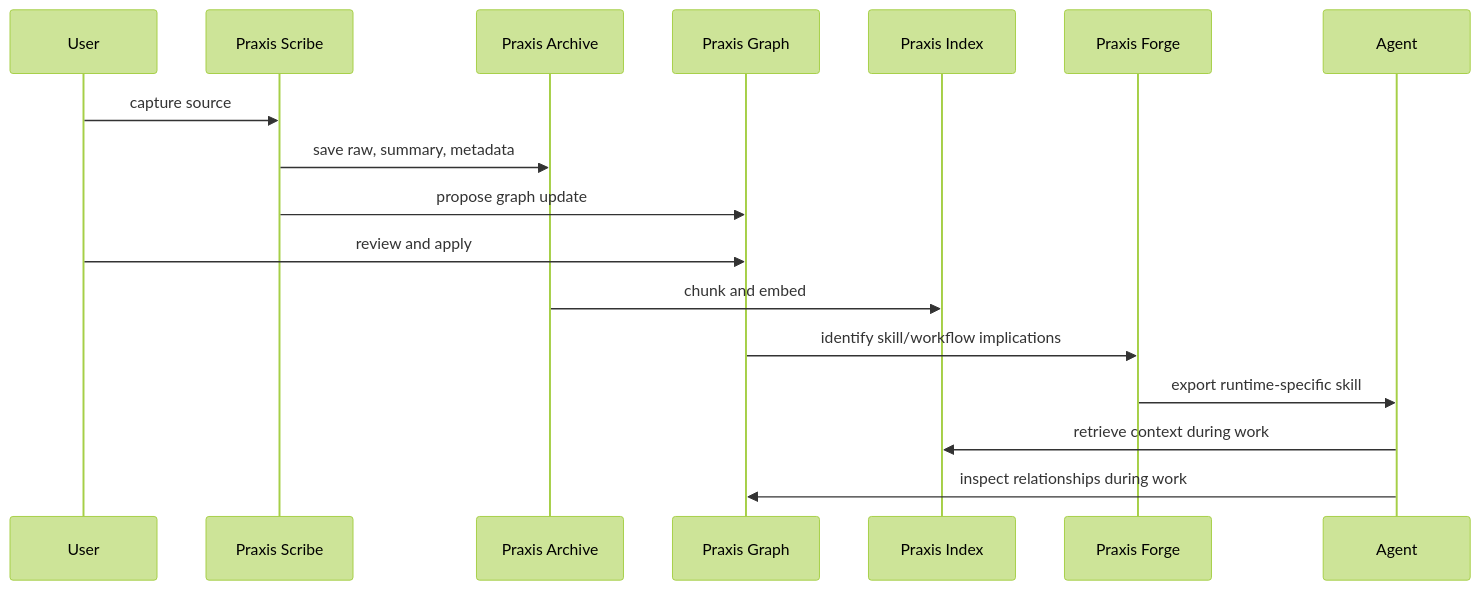
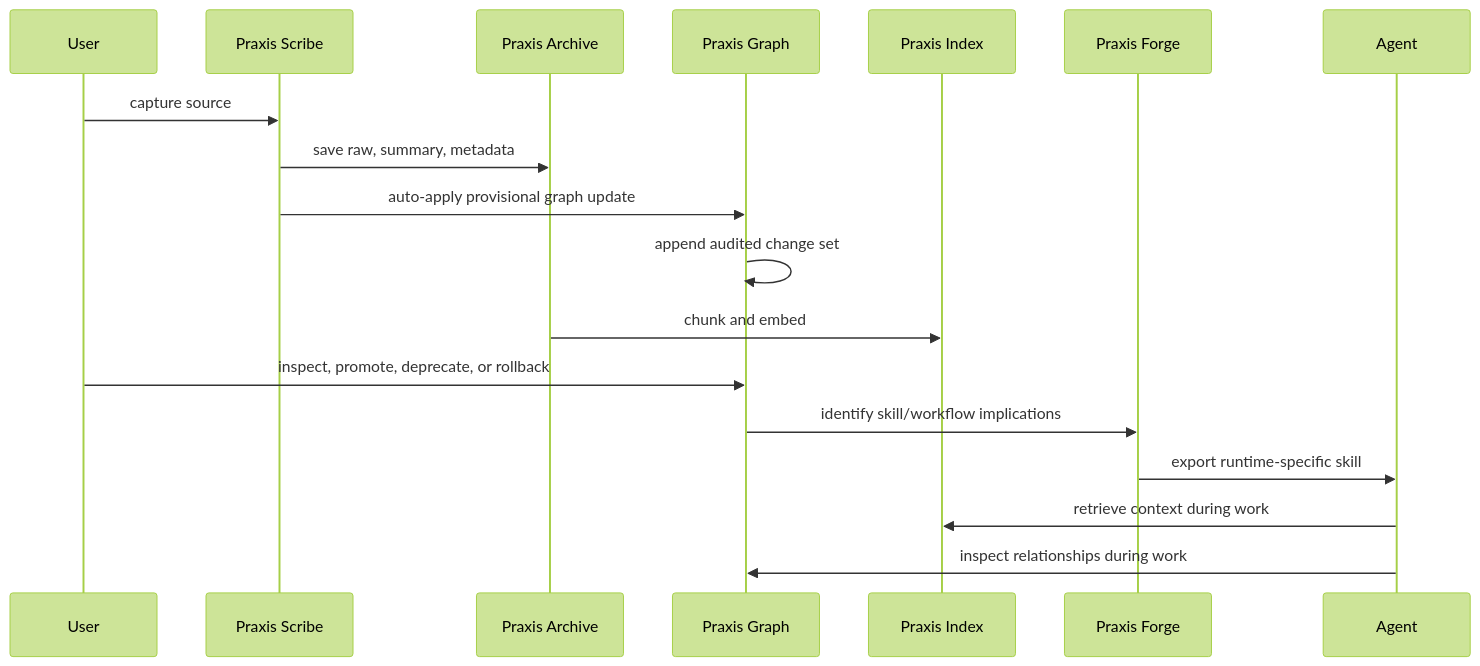
One commit to sparkplug604/praxis changed the second of 2 diagrams in docs/architecture.md. Above: the diagram before and after it, drawn with Mermaid (forest theme). The commit also changed other lines of this file and 25 other files, not shown here.

Commit message:
Add audited auto-ingest graph updates

````diff
--- a/docs/architecture.md
+++ b/docs/architecture.md
@@ -51,20 +52,21 @@
 ```mermaid
 sequenceDiagram
     participant User
     participant Scribe as Praxis Scribe
     participant Archive as Praxis Archive
     participant Graph as Praxis Graph
     participant Index as Praxis Index
     participant Forge as Praxis Forge
     participant Agent
 
     User->>Scribe: capture source
     Scribe->>Archive: save raw, summary, metadata
-    Scribe->>Graph: propose graph update
-    User->>Graph: review and apply
+    Scribe->>Graph: auto-apply provisional graph update
+    Graph->>Graph: append audited change set
     Archive->>Index: chunk and embed
+    User->>Graph: inspect, promote, deprecate, or rollback
     Graph->>Forge: identify skill/workflow implications
     Forge->>Agent: export runtime-specific skill
     Agent->>Index: retrieve context during work
     Agent->>Graph: inspect relationships during work
 ```
````
